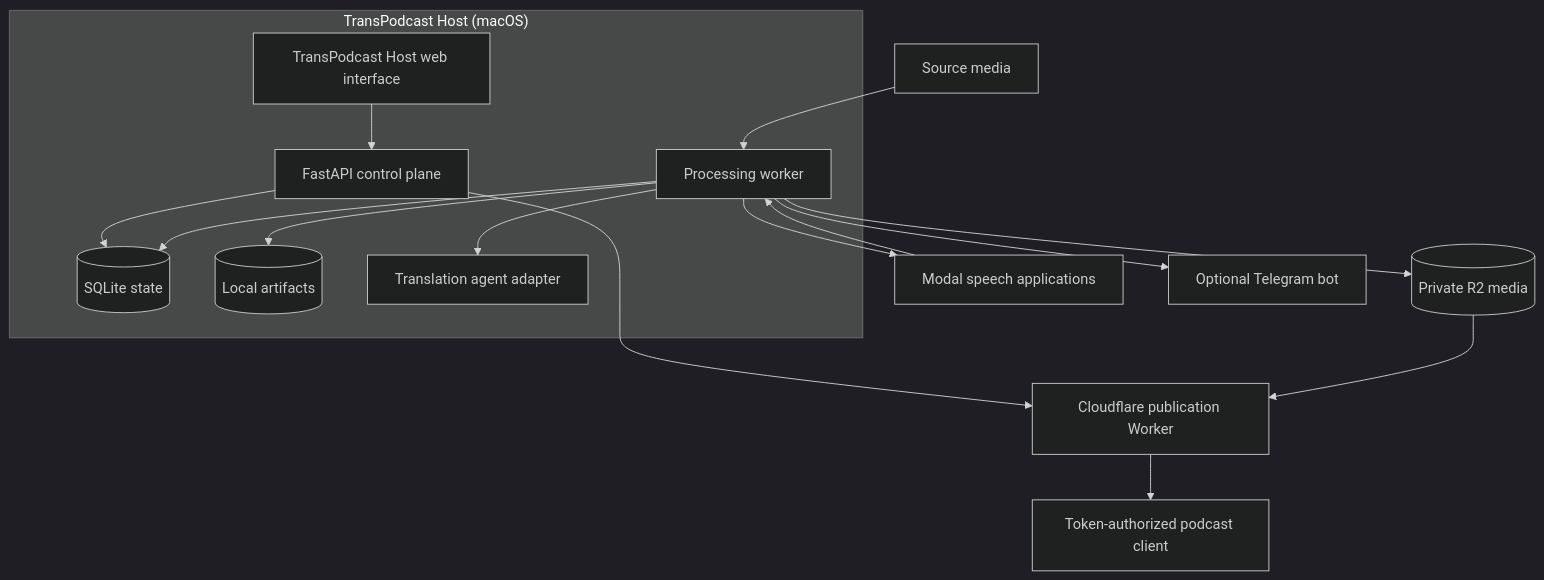
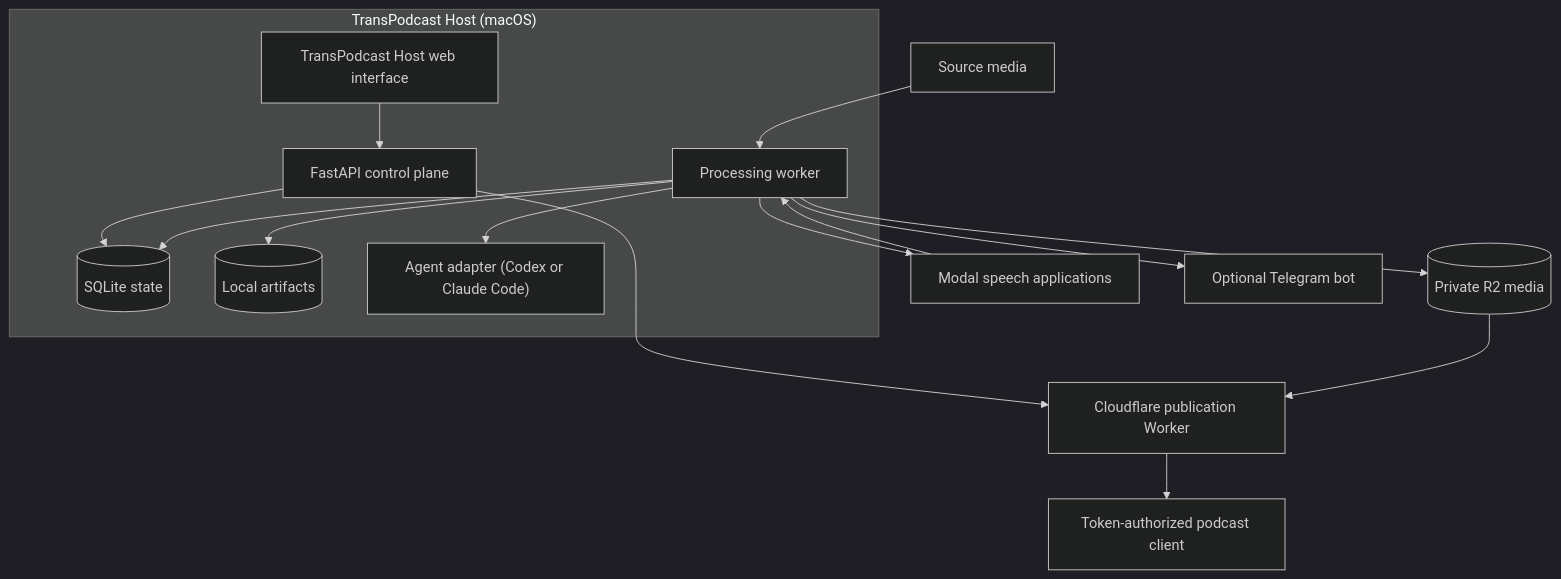
One commit to socekin/TransPodcast changed the first of 2 diagrams in docs/architecture.md. Above: the diagram before and after it, drawn with Mermaid (dark theme). The commit also changed 154 other files, not shown here.

````diff
--- a/docs/architecture.md
+++ b/docs/architecture.md
@@ -7,24 +7,24 @@
 ```mermaid
 flowchart TB
     subgraph TransPodcastHost["TransPodcast Host (macOS)"]
         Console["TransPodcast Host web interface"]
         API["FastAPI control plane"]
         Worker["Processing worker"]
         DB[("SQLite state")]
         Local[("Local artifacts")]
-        Agent["Translation agent adapter"]
+        Agent["Agent adapter (Codex or Claude Code)"]
         Console --> API
         API --> DB
         Worker --> DB
         Worker --> Local
         Worker --> Agent
     end
     Source["Source media"] --> Worker
     Worker --> GPU["Modal speech applications"]
     GPU --> Worker
     Worker --> R2[("Private R2 media")]
     Worker --> Notify["Optional Telegram bot"]
     API --> Edge["Cloudflare publication Worker"]
     R2 --> Edge
     Edge --> Listener["Token-authorized podcast client"]
 ```
````
